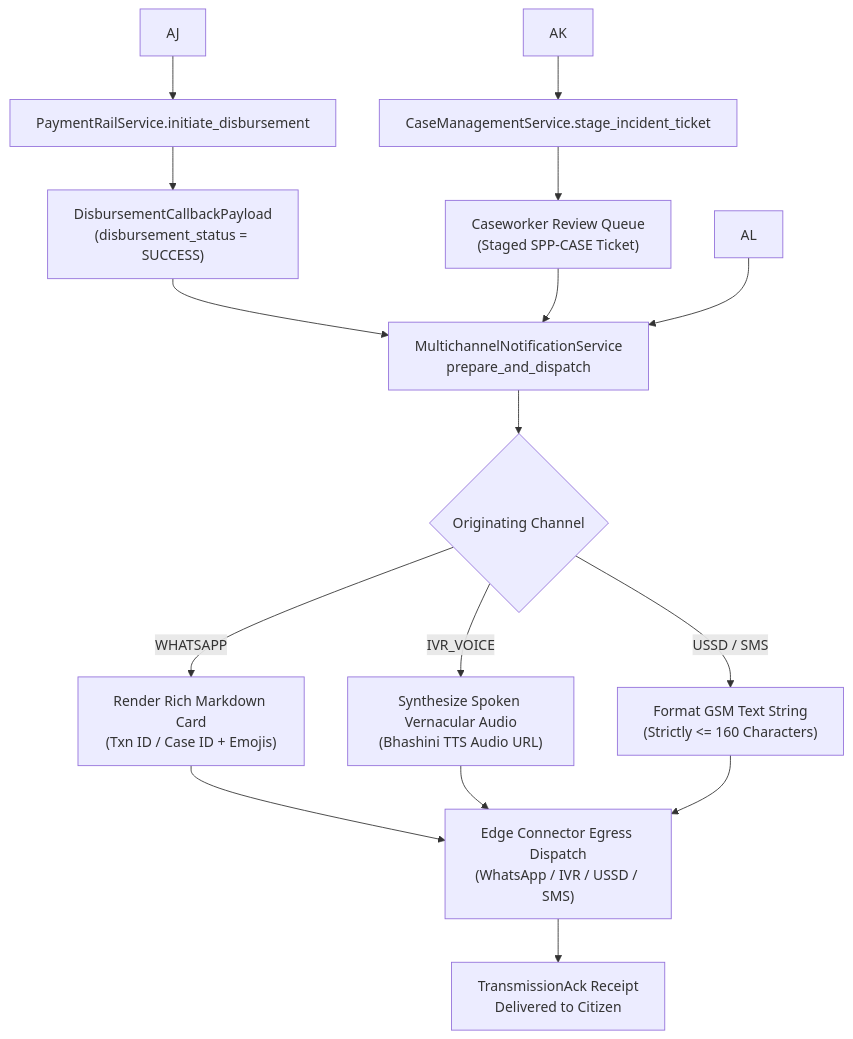
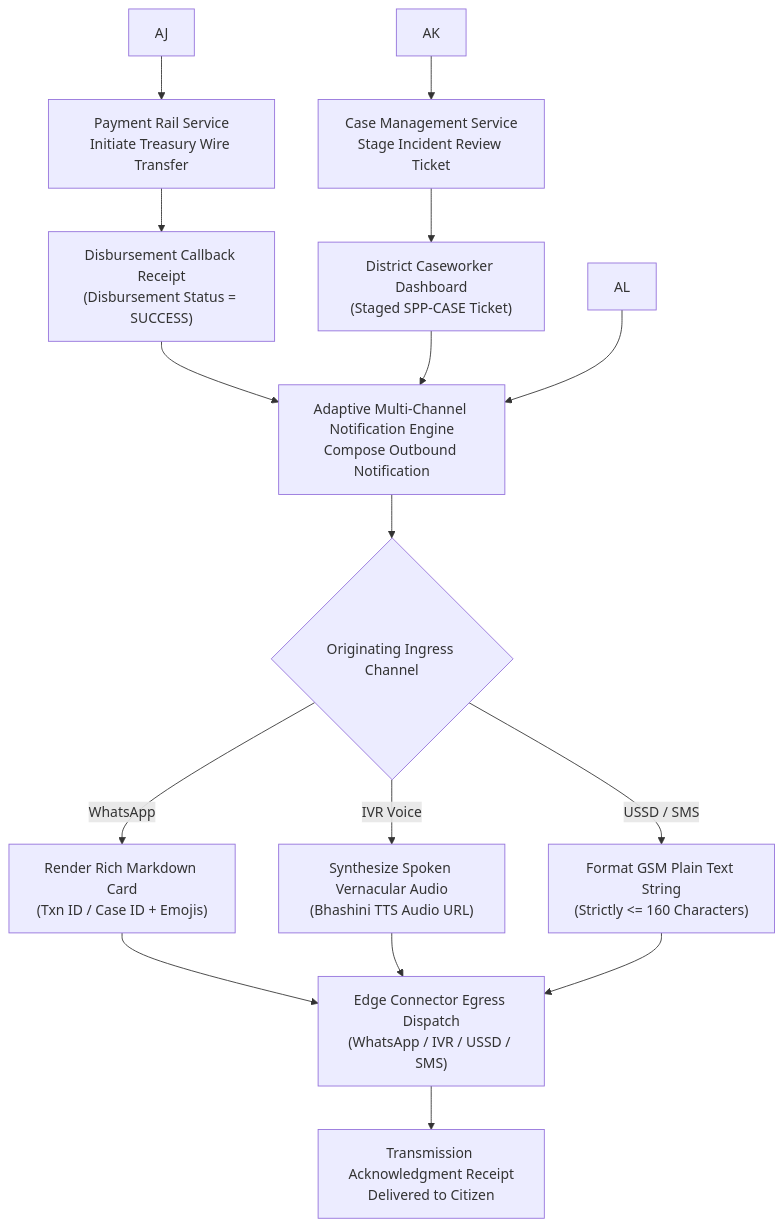
One commit to gargmishu/agristack-dbt-core changed the sixth of 6 diagrams in docs/end_to_end_code_flow.md. Above: the diagram before and after it, drawn with Mermaid. The commit also changed other lines of this file and 11 other files, not shown here.

````diff
--- a/docs/end_to_end_code_flow.md
+++ b/docs/end_to_end_code_flow.md
@@ -201,18 +201,18 @@
 ```mermaid
 flowchart TD
-    AJ --> AM["PaymentRailService.initiate_disbursement"]
-    AM --> AN["DisbursementCallbackPayload<br/>(disbursement_status = SUCCESS)"]
+    AJ --> AM["Payment Rail Service<br/>Initiate Treasury Wire Transfer"]
+    AM --> AN["Disbursement Callback Receipt<br/>(Disbursement Status = SUCCESS)"]
     
-    AK --> AO["CaseManagementService.stage_incident_ticket"]
-    AO --> AP["Caseworker Review Queue<br/>(Staged SPP-CASE Ticket)"]
+    AK --> AO["Case Management Service<br/>Stage Incident Review Ticket"]
+    AO --> AP["District Caseworker Dashboard<br/>(Staged SPP-CASE Ticket)"]
     
-    AN & AP & AL --> AQ["MultichannelNotificationService<br/>prepare_and_dispatch"]
+    AN & AP & AL --> AQ["Adaptive Multi-Channel Notification Engine<br/>Compose Outbound Notification"]
     
-    AQ --> AR{"Originating Channel"}
-    AR -- "WHATSAPP" --> AS["Render Rich Markdown Card<br/>(Txn ID / Case ID + Emojis)"]
-    AR -- "IVR_VOICE" --> AT["Synthesize Spoken Vernacular Audio<br/>(Bhashini TTS Audio URL)"]
-    AR -- "USSD / SMS" --> AU["Format GSM Text String<br/>(Strictly <= 160 Characters)"]
+    AQ --> AR{"Originating Ingress Channel"}
+    AR -- "WhatsApp" --> AS["Render Rich Markdown Card<br/>(Txn ID / Case ID + Emojis)"]
+    AR -- "IVR Voice" --> AT["Synthesize Spoken Vernacular Audio<br/>(Bhashini TTS Audio URL)"]
+    AR -- "USSD / SMS" --> AU["Format GSM Plain Text String<br/>(Strictly <= 160 Characters)"]
     
     AS & AT & AU --> AV["Edge Connector Egress Dispatch<br/>(WhatsApp / IVR / USSD / SMS)"]
-    AV --> AW["TransmissionAck Receipt<br/>Delivered to Citizen"]
+    AV --> AW["Transmission Acknowledgment Receipt<br/>Delivered to Citizen"]
 ```
````
